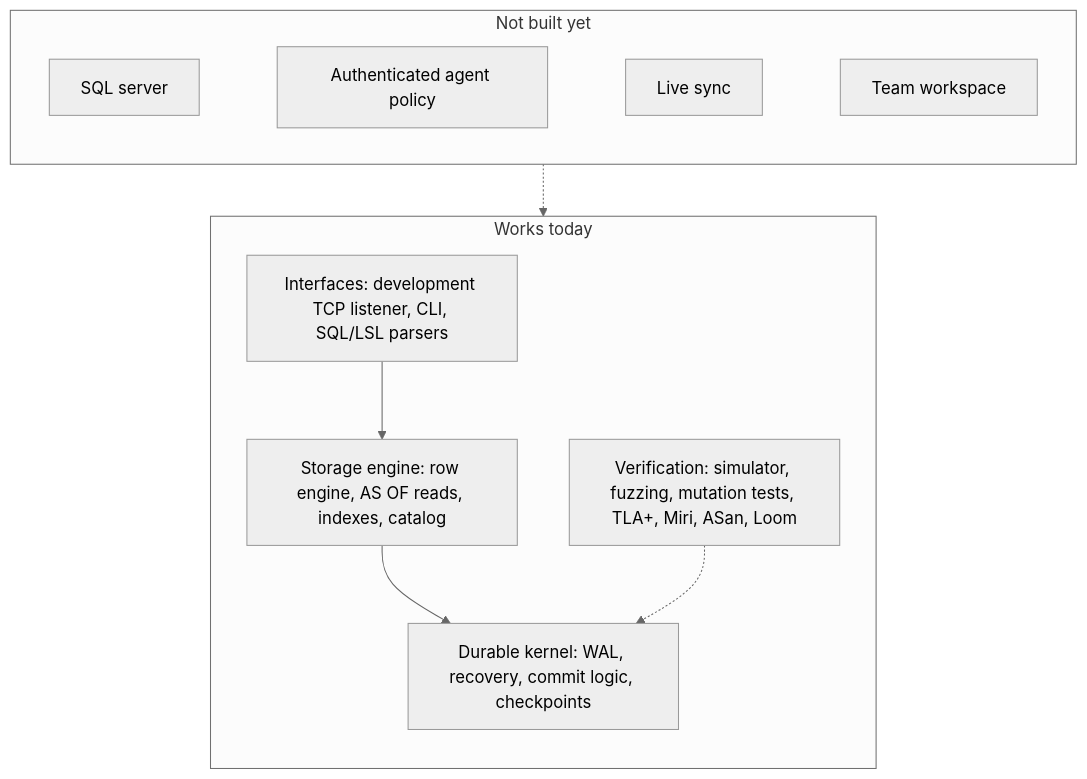
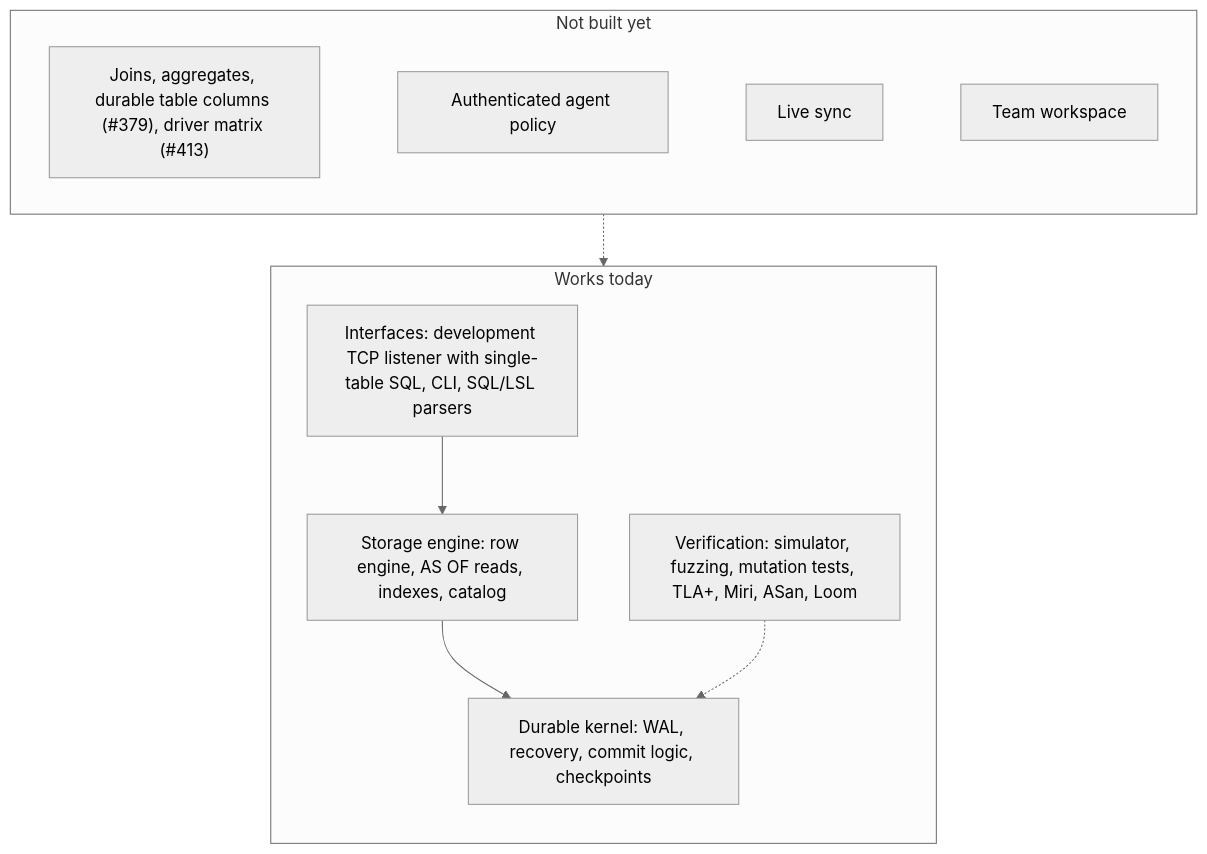
Before and after one commit to moncifem/latticedb: the diagram in README.md, drawn with Mermaid (neutral theme). The commit also changed other lines of this file and 1 other file, not shown here.

Commit message:
docs: say what SQL execution does and does not do in the README and the listener guide
The README SQL row, the diagram and the line after it said planning and
execution were pending or still ahead. The binder, the executor and
`latticed --data-dir` are merged: single-table SQL runs from a durable
data directory, column definitions are not recovered after a restart
(#379), and joins, aggregates and the driver matrix (#413) are open. The
listener guide's first paragraph said it opens no database, which its own
--data-dir section contradicts.

Part of #428

````diff
--- a/README.md
+++ b/README.md
@@ -62,17 +62,17 @@
 ```mermaid
 flowchart TB
   subgraph ahead["Not built yet"]
     direction LR
-    sql["SQL server"] ~~~ pol["Authenticated agent policy"] ~~~ sync["Live sync"] ~~~ ws["Team workspace"]
+    sql["Joins, aggregates, durable table columns (#379), driver matrix (#413)"] ~~~ pol["Authenticated agent policy"] ~~~ sync["Live sync"] ~~~ ws["Team workspace"]
   end
   subgraph have["Works today"]
     direction TB
-    ifc["Interfaces: development TCP listener, CLI, SQL/LSL parsers"]
+    ifc["Interfaces: development TCP listener with single-table SQL, CLI, SQL/LSL parsers"]
     eng["Storage engine: row engine, AS OF reads, indexes, catalog"]
     ker["Durable kernel: WAL, recovery, commit logic, checkpoints"]
     ver["Verification: simulator, fuzzing, mutation tests, TLA+, Miri, ASan, Loom"]
     ifc --> eng --> ker
     ver -.-> ker
   end
   ahead -.-> have
 ```
````
